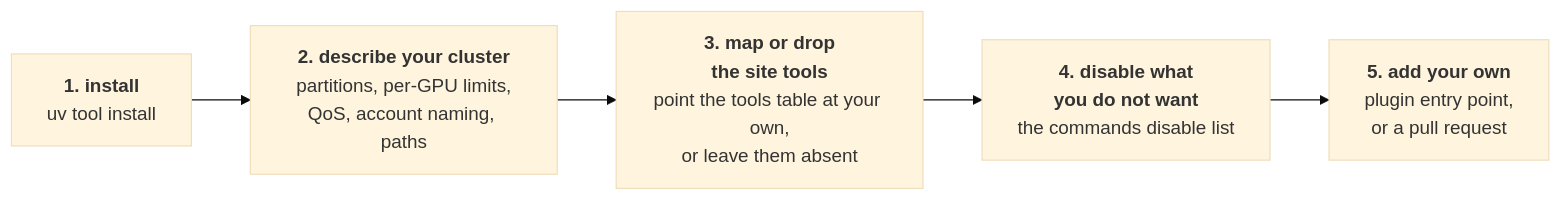
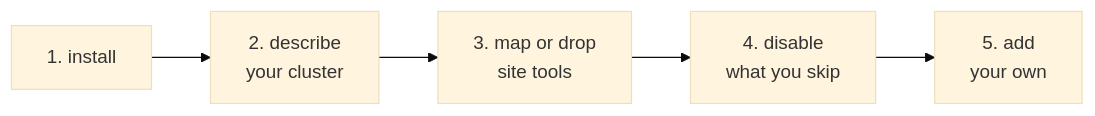
Before and after one commit to KempnerInstitute/clustertool: the diagram in docs/porting.md, drawn with Mermaid (base theme). The commit also changed 9 other files, not shown here.

First line of the commit message:
Mark the whole-partition ssh commands admin, and shrink the diagrams

````diff
--- a/docs/porting.md
+++ b/docs/porting.md
@@ -7,10 +7,5 @@
 ```mermaid
 flowchart LR
-    s1["<b>1. install</b><br/>uv tool install"]
-    s2["<b>2. describe your cluster</b><br/>partitions, per-GPU limits,<br/>QoS, account naming, paths"]
-    s3["<b>3. map or drop<br/>the site tools</b><br/>point the tools table at your own,<br/>or leave them absent"]
-    s4["<b>4. disable what<br/>you do not want</b><br/>the commands disable list"]
-    s5["<b>5. add your own</b><br/>plugin entry point,<br/>or a pull request"]
-
-    s1 --> s2 --> s3 --> s4 --> s5
+    s1["1. install"] --> s2["2. describe<br/>your cluster"] --> s3["3. map or drop<br/>site tools"]
+    s3 --> s4["4. disable<br/>what you skip"] --> s5["5. add<br/>your own"]
 ```
````
